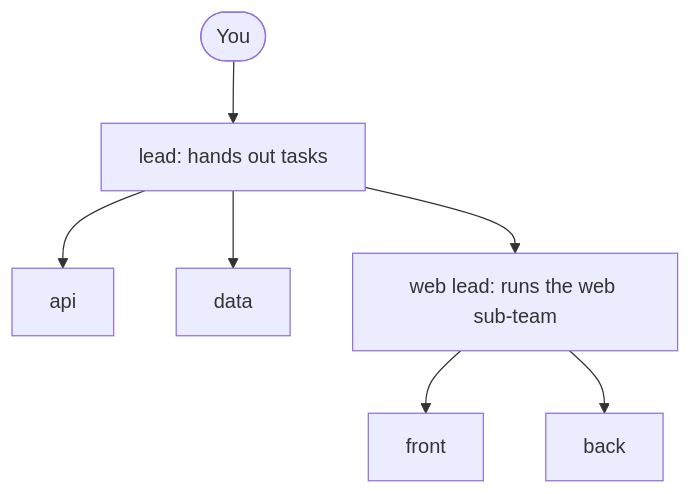
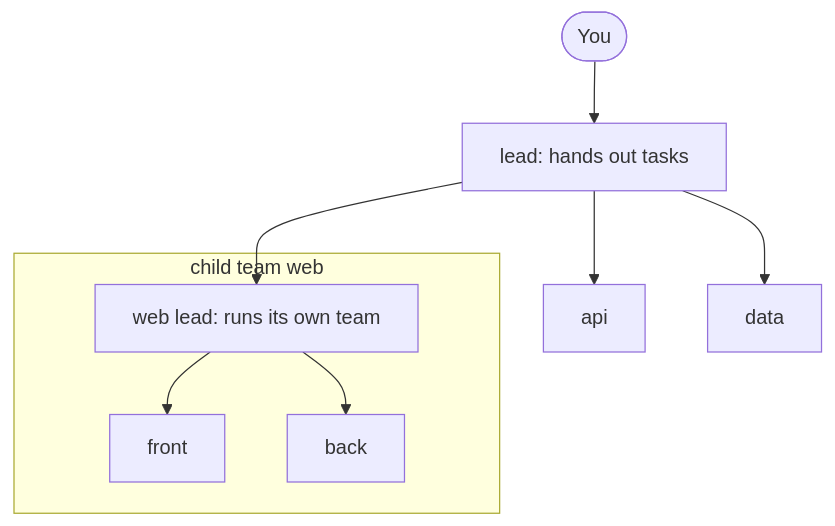
The second of 10 diagrams in docs/how-it-works.md (GeneralA6/teamrig), drawn with Mermaid before and after one commit. The commit also changed other lines of this file and 4 other files, not shown here.

First line of the commit message:
docs: team trees read as one story of child teams (T1146)

````diff
--- a/docs/how-it-works.md
+++ b/docs/how-it-works.md
@@ -69,16 +69,18 @@
 ```mermaid
 flowchart TB
   you(["You"])
   lead["lead: hands out tasks"]
   api["api"]
   data["data"]
-  sub["web lead: runs the web sub-team"]
-  front["front"]
-  back["back"]
+  subgraph web["child team web"]
+    sub["web lead: runs its own team"]
+    front["front"]
+    back["back"]
+  end
   you --> lead
   lead --> api
   lead --> data
   lead --> sub
   sub --> front
   sub --> back
 ```
````
